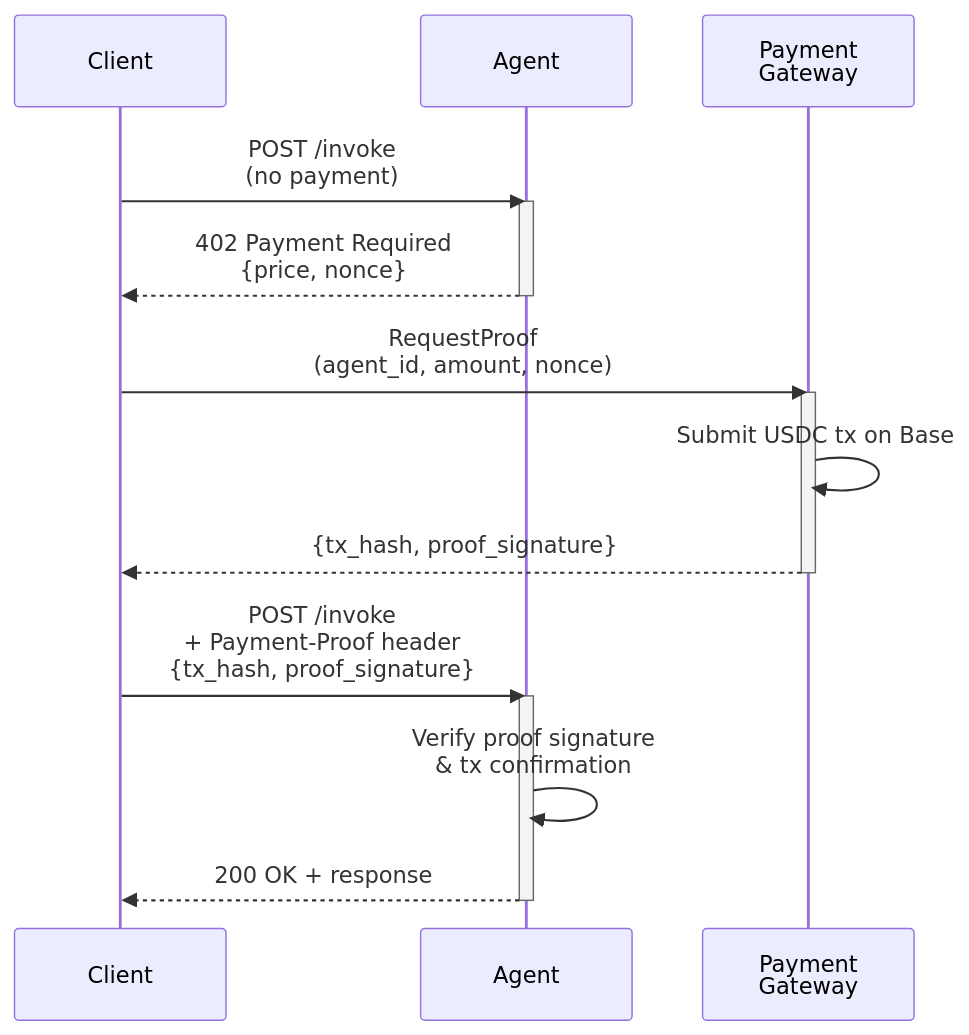
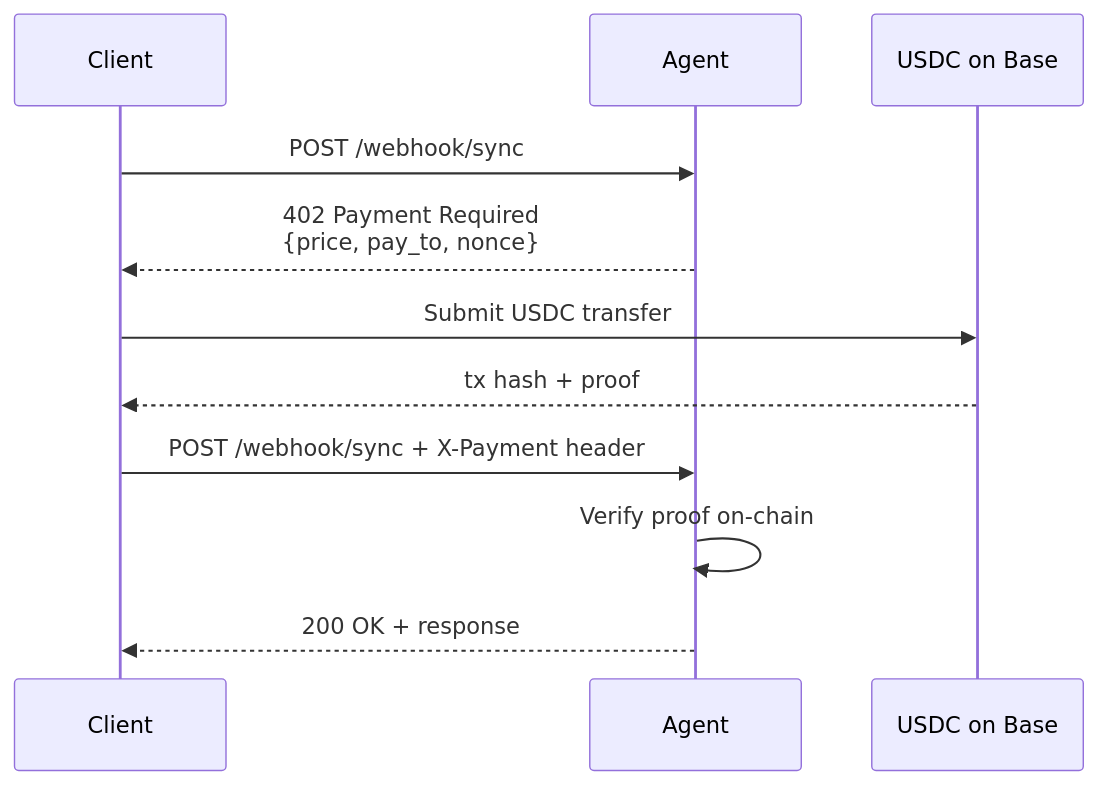
The third of 3 diagrams in guide/architecture.md (zyndai/docs), drawn with Mermaid before and after one commit. The commit also changed other lines of this file and 38 other files, not shown here.

First line of the commit message:
Add deployer + persona docs, refresh architecture for zns01/zns-boot

````diff
--- a/guide/architecture.md
+++ b/guide/architecture.md
@@ -233,23 +205,14 @@
 ```mermaid
 sequenceDiagram
     participant Client
     participant Agent
-    participant PaymentGateway as Payment<br/>Gateway
+    participant Base as USDC on Base
 
-    Client->>Agent: POST /invoke<br/>(no payment)
-    activate Agent
-    Agent-->>Client: 402 Payment Required<br/>{price, nonce}
-    deactivate Agent
-
-    Client->>PaymentGateway: RequestProof<br/>(agent_id, amount, nonce)
-    activate PaymentGateway
-    PaymentGateway->>PaymentGateway: Submit USDC tx on Base
-    PaymentGateway-->>Client: {tx_hash, proof_signature}
-    deactivate PaymentGateway
-
-    Client->>Agent: POST /invoke<br/>+ Payment-Proof header<br/>{tx_hash, proof_signature}
-    activate Agent
-    Agent->>Agent: Verify proof signature<br/>& tx confirmation
+    Client->>Agent: POST /webhook/sync
+    Agent-->>Client: 402 Payment Required<br/>{price, pay_to, nonce}
+    Client->>Base: Submit USDC transfer
+    Base-->>Client: tx hash + proof
+    Client->>Agent: POST /webhook/sync + X-Payment header
+    Agent->>Agent: Verify proof on-chain
     Agent-->>Client: 200 OK + response
-    deactivate Agent
 ```
````
